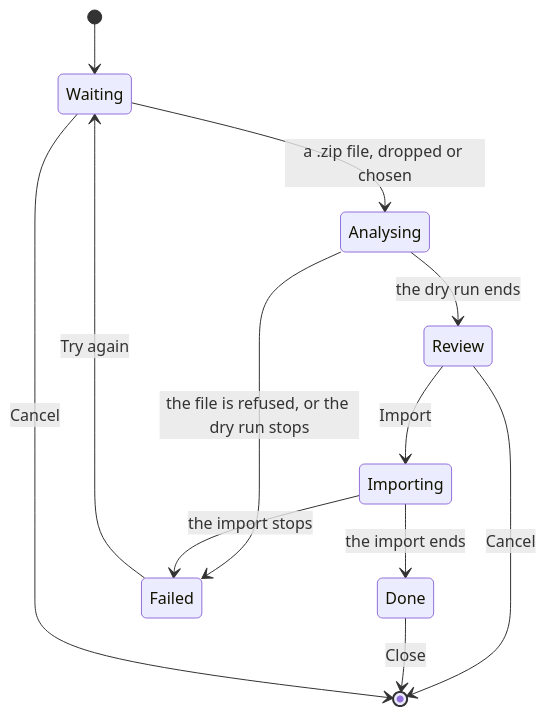
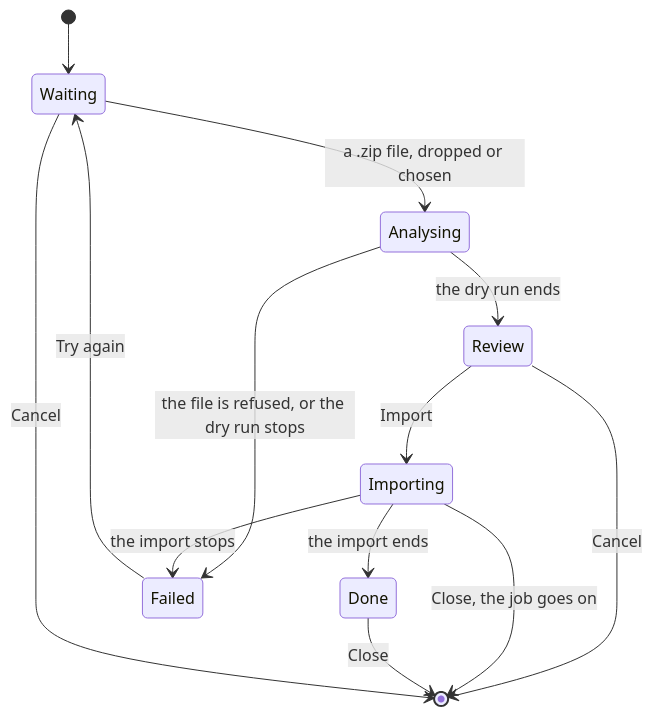
Before and after one commit to Jahia/formidable: the second of 3 diagrams in docs/architecture/forms-import.md, drawn with Mermaid. The commit also changed other lines of this file, not shown here.

First line of the commit message:
docs: the Forms import keys a form by its results node too, saves only what Forms saved, and keeps a job's report until it is read

````diff
--- a/docs/architecture/forms-import.md
+++ b/docs/architecture/forms-import.md
@@ -428,14 +433,15 @@
 ```mermaid
 stateDiagram-v2
     [*] --> Waiting
     Waiting --> Analysing: a .zip file, dropped or chosen
     Analysing --> Review: the dry run ends
     Review --> Importing: Import
     Review --> [*]: Cancel
     Importing --> Done: the import ends
+    Importing --> [*]: Close, the job goes on
     Analysing --> Failed: the file is refused, or the dry run stops
     Importing --> Failed: the import stops
     Failed --> Waiting: Try again
     Done --> [*]: Close
     Waiting --> [*]: Cancel
 ```
````
